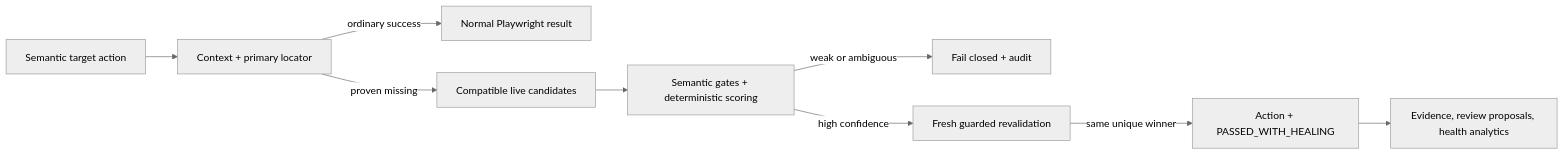
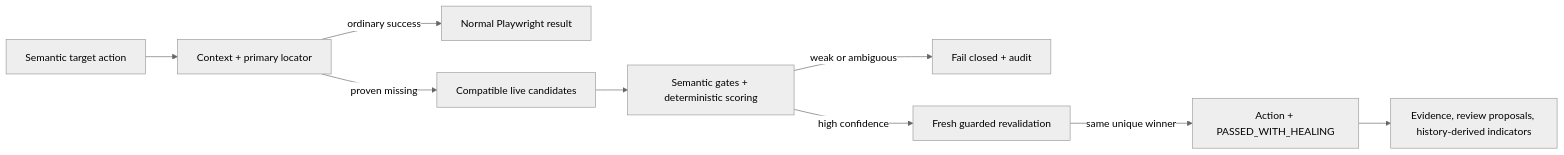
One commit to kamenAsenov/aegiloc changed the diagram in README.md. Above: the diagram before and after it, drawn with Mermaid (neutral theme). The commit also changed other lines of this file and 23 other files, not shown here.

````diff
--- a/README.md
+++ b/README.md
@@ -109,11 +120,11 @@
 ```mermaid
 flowchart LR
   A["Semantic target action"] --> B["Context + primary locator"]
   B -->|"ordinary success"| C["Normal Playwright result"]
   B -->|"proven missing"| D["Compatible live candidates"]
   D --> E["Semantic gates + deterministic scoring"]
   E -->|"weak or ambiguous"| F["Fail closed + audit"]
   E -->|"high confidence"| G["Fresh guarded revalidation"]
   G -->|"same unique winner"| H["Action + PASSED_WITH_HEALING"]
-  H --> I["Evidence, review proposals, health analytics"]
+  H --> I["Evidence, review proposals, history-derived indicators"]
 ```
````
